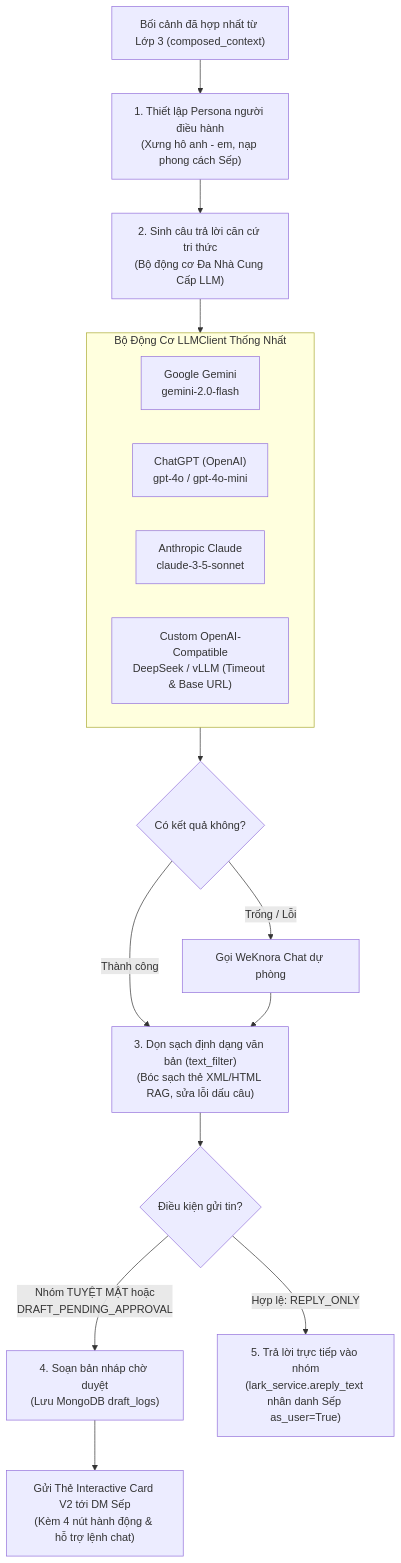
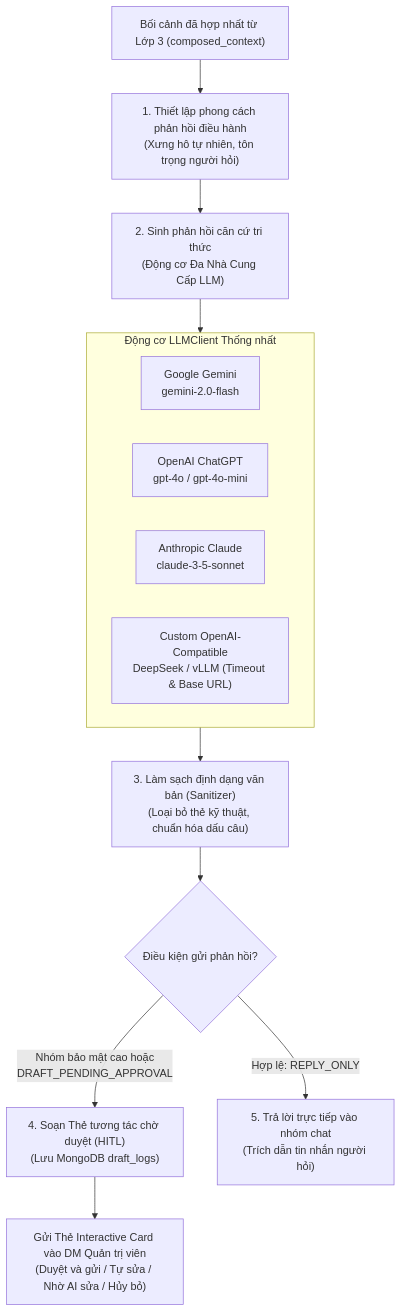
The diagram in server/docs/layer4/layer4.md (tetsde/LarkAssistant), drawn with Mermaid before and after one commit. The commit also changed other lines of this file and 20 other files, not shown here.

Commit message:
docs: update architecture documentation and diagrams

````diff
--- a/server/docs/layer4/layer4.md
+++ b/server/docs/layer4/layer4.md
@@ -28,28 +32,22 @@
 ```mermaid
 flowchart TD
-    In["Bối cảnh đã hợp nhất từ Lớp 3 (composed_context)"] --> Step1["1. Thiết lập Persona người điều hành<br/>(Xưng hô anh - em, nạp phong cách Sếp)"]
+    In["Bối cảnh đã hợp nhất từ Lớp 3 (composed_context)"] --> Step1["1. Thiết lập phong cách phản hồi điều hành<br/>(Xưng hô tự nhiên, tôn trọng người hỏi)"]
     
-    Step1 --> Step2["2. Sinh câu trả lời căn cứ tri thức<br/>(Bộ động cơ Đa Nhà Cung Cấp LLM)"]
+    Step1 --> Step2["2. Sinh phản hồi căn cứ tri thức<br/>(Động cơ Đa Nhà Cung Cấp LLM)"]
     
-    subgraph MultiLLM ["Bộ Động Cơ LLMClient Thống Nhất"]
+    subgraph MultiLLM ["Động cơ LLMClient Thống nhất"]
         G["Google Gemini<br/>gemini-2.0-flash"]
-        O["ChatGPT (OpenAI)<br/>gpt-4o / gpt-4o-mini"]
+        O["OpenAI ChatGPT<br/>gpt-4o / gpt-4o-mini"]
         A["Anthropic Claude<br/>claude-3-5-sonnet"]
         C["Custom OpenAI-Compatible<br/>DeepSeek / vLLM (Timeout & Base URL)"]
     end
     Step2 --> MultiLLM
-    MultiLLM --> Fallback{"Có kết quả không?"}
+    MultiLLM --> Step3["3. Làm sạch định dạng văn bản (Sanitizer)<br/>(Loại bỏ thẻ kỹ thuật, chuẩn hóa dấu câu)"]
     
-    Fallback -->|Trống / Lỗi| WeKnoraChat["Gọi WeKnora Chat dự phòng"]
-    Fallback -->|Thành công| Step3
-    WeKnoraChat --> Step3
+    Step3 --> CheckMode{"Điều kiện gửi phản hồi?"}
     
-    Step3["3. Dọn sạch định dạng văn bản (text_filter)<br/>(Bóc sạch thẻ XML/HTML RAG, sửa lỗi dấu câu)"]
+    CheckMode -->|Nhóm bảo mật cao hoặc<br/>DRAFT_PENDING_APPROVAL| Step5["4. Soạn Thẻ tương tác chờ duyệt (HITL)<br/>(Lưu MongoDB draft_logs)"]
+    Step5 --> SendDM["Gửi Thẻ Interactive Card vào DM Quản trị viên<br/>(Duyệt và gửi / Tự sửa / Nhờ AI sửa / Hủy bỏ)"]
     
-    Step3 --> CheckMode{"Điều kiện gửi tin?"}
-    
-    CheckMode -->|Nhóm TUYỆT MẬT hoặc<br/>DRAFT_PENDING_APPROVAL| Step5["4. Soạn bản nháp chờ duyệt<br/>(Lưu MongoDB draft_logs)"]
-    Step5 --> SendDM["Gửi Thẻ Interactive Card V2 tới DM Sếp<br/>(Kèm 4 nút hành động & hỗ trợ lệnh chat)"]
-    
-    CheckMode -->|Hợp lệ: REPLY_ONLY| Step4["5. Trả lời trực tiếp vào nhóm<br/>(lark_service.areply_text nhân danh Sếp as_user=True)"]
+    CheckMode -->|Hợp lệ: REPLY_ONLY| Step4["5. Trả lời trực tiếp vào nhóm chat<br/>(Trích dẫn tin nhắn người hỏi)"]
 ```
````
